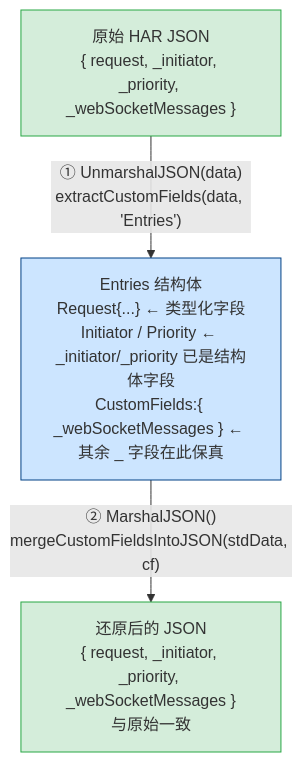
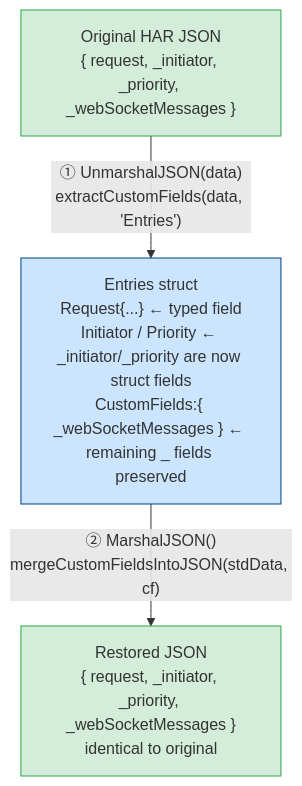
Before and after one commit to hitechcloud-vietnam/har-skills: the second of 4 diagrams in website/zh/internals/custom-fields.md, drawn with Mermaid. The commit also changed other lines of this file and 97 other files, not shown here.

````diff
--- a/website/zh/internals/custom-fields.md
+++ b/website/zh/internals/custom-fields.md
@@ -65,10 +66,10 @@
 ```mermaid
 flowchart TD
-  ORIG["原始 HAR JSON<br/>{ request, _initiator, _priority, _webSocketMessages }"]:::json
+  ORIG["Original HAR JSON<br/>{ request, _initiator, _priority, _webSocketMessages }"]:::json
   ORIG -->|"① UnmarshalJSON(data)<br/>extractCustomFields(data, 'Entries')"| ST
-  ST["Entries 结构体<br/>Request{...} ← 类型化字段<br/>Initiator / Priority ← _initiator/_priority 已是结构体字段<br/>CustomFields:{ _webSocketMessages } ← 其余 _ 字段在此保真"]:::struct
+  ST["Entries struct<br/>Request{...} ← typed field<br/>Initiator / Priority ← _initiator/_priority are now struct fields<br/>CustomFields:{ _webSocketMessages } ← remaining _ fields preserved"]:::struct
   ST -->|"② MarshalJSON()<br/>mergeCustomFieldsIntoJSON(stdData, cf)"| RESTORE
-  RESTORE["还原后的 JSON<br/>{ request, _initiator, _priority, _webSocketMessages }<br/>与原始一致"]:::json
+  RESTORE["Restored JSON<br/>{ request, _initiator, _priority, _webSocketMessages }<br/>identical to original"]:::json
   classDef json fill:#d4edda,stroke:#28a745
   classDef struct fill:#cce5ff,stroke:#004085
 ```
````
